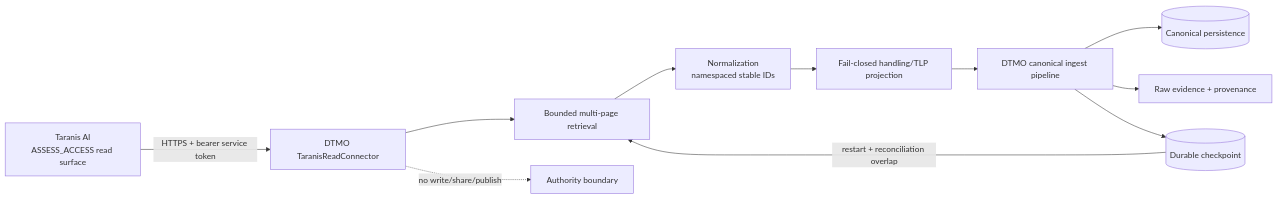
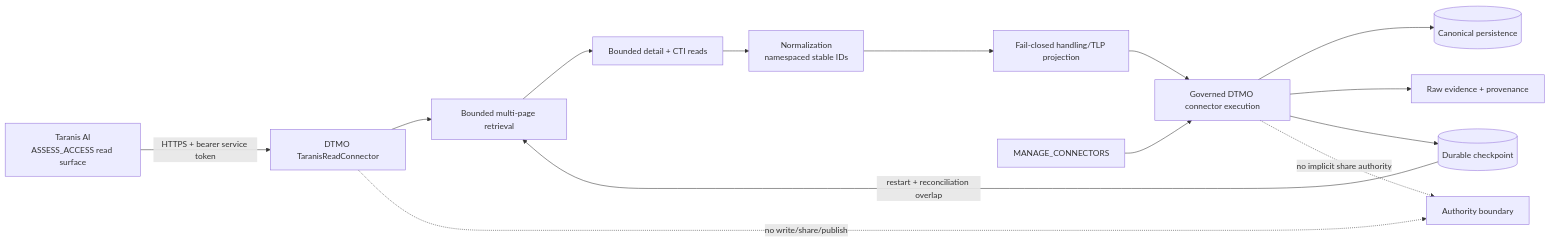
Before and after one commit to GJvManen/dtmo: the diagram in docs/integrations/TARANIS_ADAPTER.md, drawn with Mermaid. The commit also changed other lines of this file, not shown here.

Commit message:
docs: complete Taranis detail CTI execution boundary

````diff
--- a/docs/integrations/TARANIS_ADAPTER.md
+++ b/docs/integrations/TARANIS_ADAPTER.md
@@ -10,13 +10,16 @@
 ```mermaid
 flowchart LR
     T[Taranis AI\nASSESS_ACCESS read surface] -->|HTTPS + bearer service token| A[DTMO TaranisReadConnector]
     A --> Q[Bounded multi-page retrieval]
-    Q --> N[Normalization\nnamespaced stable IDs]
+    Q --> D[Bounded detail + CTI reads]
+    D --> N[Normalization\nnamespaced stable IDs]
     N --> H[Fail-closed handling/TLP projection]
-    H --> C[DTMO canonical ingest pipeline]
+    H --> C[Governed DTMO connector execution]
     C --> P[(Canonical persistence)]
     C --> E[Raw evidence + provenance]
     C --> K[(Durable checkpoint)]
     K -->|restart + reconciliation overlap| Q
+    M[MANAGE_CONNECTORS] --> C
     A -. no write/share/publish .-> X[Authority boundary]
+    C -. no implicit share authority .-> X
 ```
````
